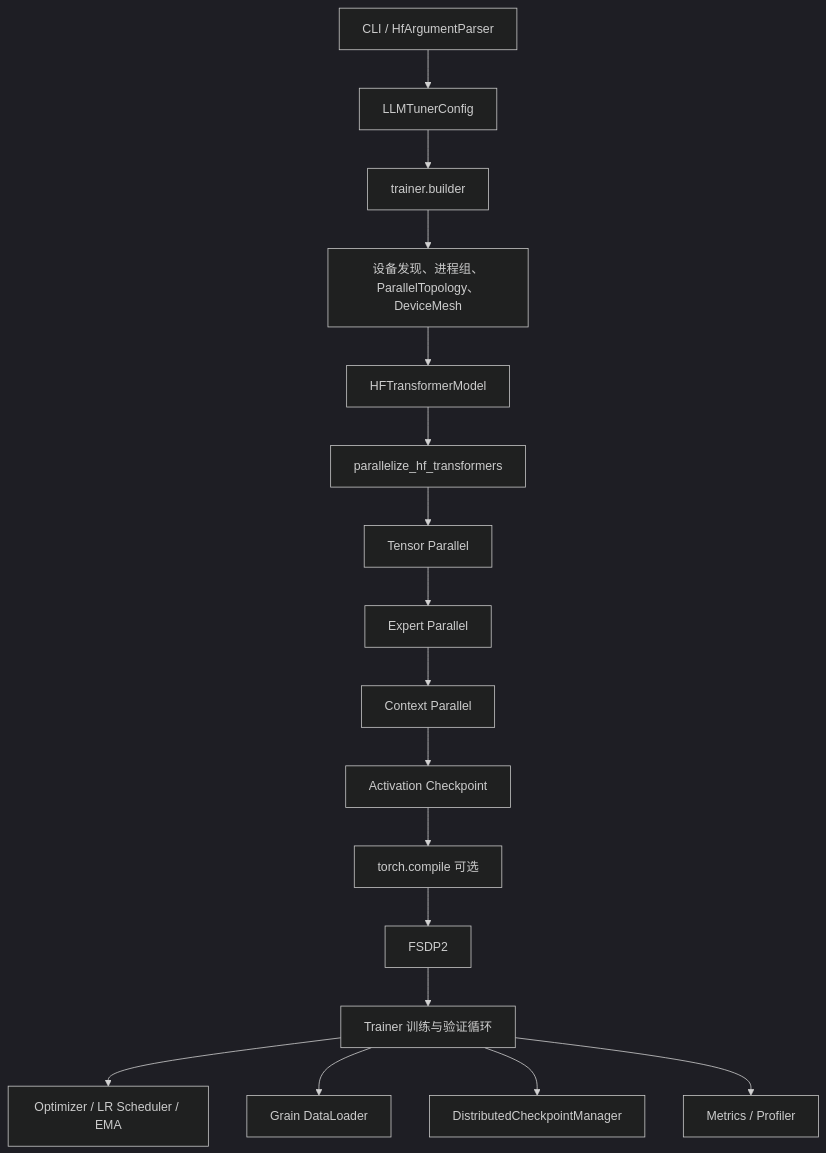
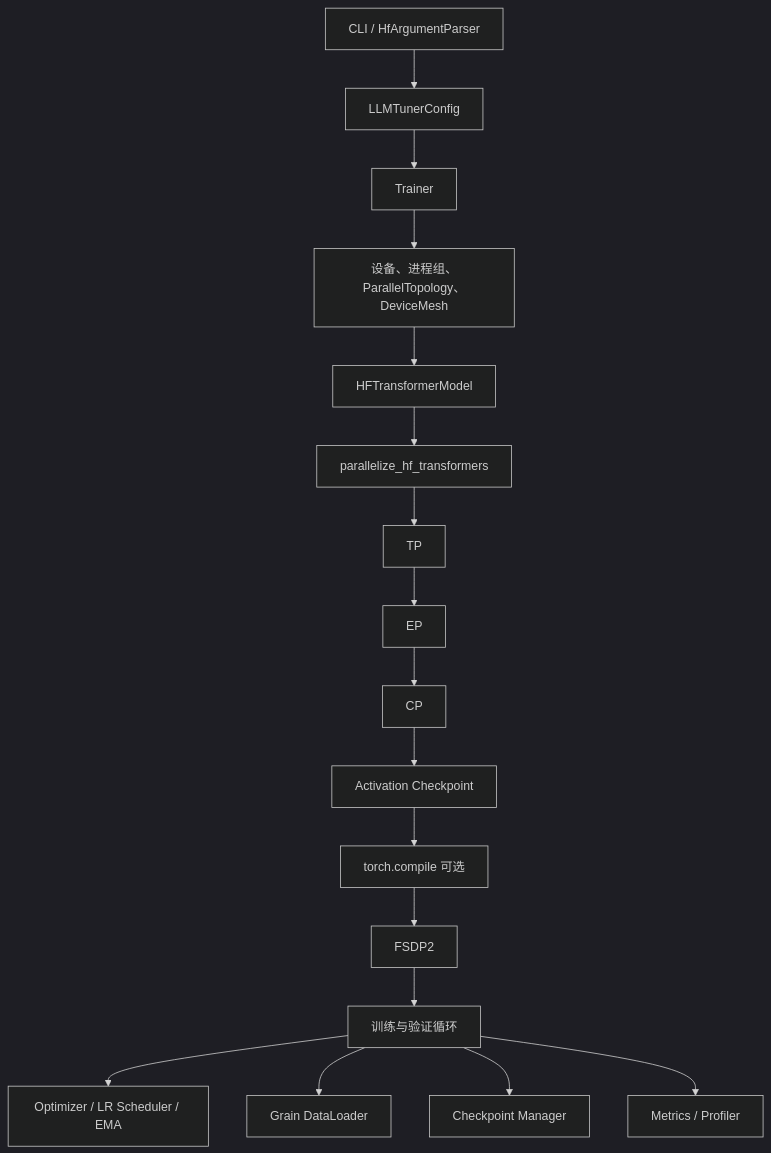
Before and after one commit to jianzhnie/TorchLLMTuner: the diagram in docs/introduction.md, drawn with Mermaid (dark theme). The commit also changed other lines of this file and 8 other files, not shown here.

````diff
--- a/docs/introduction.md
+++ b/docs/introduction.md
@@ -73,19 +85,19 @@
 ```mermaid
 flowchart TD
     CLI[CLI / HfArgumentParser] --> CFG[LLMTunerConfig]
-    CFG --> BUILD[trainer.builder]
-    BUILD --> DIST[设备发现、进程组、ParallelTopology、DeviceMesh]
+    CFG --> TRAINER[Trainer]
+    TRAINER --> DIST[设备、进程组、ParallelTopology、DeviceMesh]
     DIST --> MODEL[HFTransformerModel]
     MODEL --> PAR[parallelize_hf_transformers]
-    PAR --> TP[Tensor Parallel]
-    TP --> EP[Expert Parallel]
-    EP --> CP[Context Parallel]
+    PAR --> TP[TP]
+    TP --> EP[EP]
+    EP --> CP[CP]
     CP --> AC[Activation Checkpoint]
     AC --> COMPILE[torch.compile 可选]
     COMPILE --> FSDP[FSDP2]
-    FSDP --> RUNTIME[Trainer 训练与验证循环]
+    FSDP --> RUNTIME[训练与验证循环]
     RUNTIME --> OPT[Optimizer / LR Scheduler / EMA]
     RUNTIME --> DATA[Grain DataLoader]
-    RUNTIME --> CKPT[DistributedCheckpointManager]
+    RUNTIME --> CKPT[Checkpoint Manager]
     RUNTIME --> METRICS[Metrics / Profiler]
 ```
````
